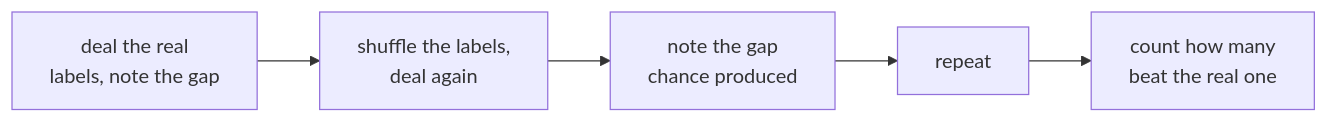
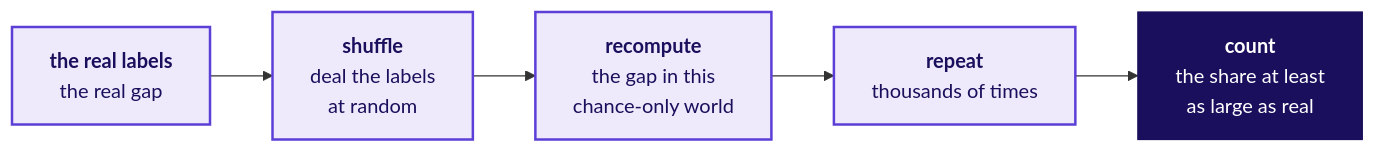
One commit to fde-academy-lab/c2-content-factory changed the fourth of 20 diagrams in content/W01/D4/slides/C2_W01_D04_half1_STUDENT.md. Above: the diagram before and after it, drawn with Mermaid. The commit also changed other lines of this file and 26 other files, not shown here.

````diff
--- a/content/W01/D4/slides/C2_W01_D04_half1_STUDENT.md
+++ b/content/W01/D4/slides/C2_W01_D04_half1_STUDENT.md
@@ -55,7 +182,11 @@
 ```mermaid
 flowchart LR
-    A["deal the real<br/>labels, note the gap"] --> B["shuffle the labels,<br/>deal again"]
-    B --> C["note the gap<br/>chance produced"]
-    C --> D["repeat"]
-    D --> E["count how many<br/>beat the real one"]
+    A["<b>the real labels</b><br/>the real gap"] --> B["<b>shuffle</b><br/>deal the labels<br/>at random"]
+    B --> C["<b>recompute</b><br/>the gap in this<br/>chance-only world"]
+    C --> D["<b>repeat</b><br/>thousands of times"]
+    D --> E["<b>count</b><br/>the share at least<br/>as large as real"]
+    classDef known fill:#EEEAFB,stroke:#5B3FD6,color:#1A0F5C,stroke-width:2px
+    classDef bet fill:#1A0F5C,stroke:#1A0F5C,color:#FFFFFF
+    class A,B,C,D known
+    class E bet
 ```
````
